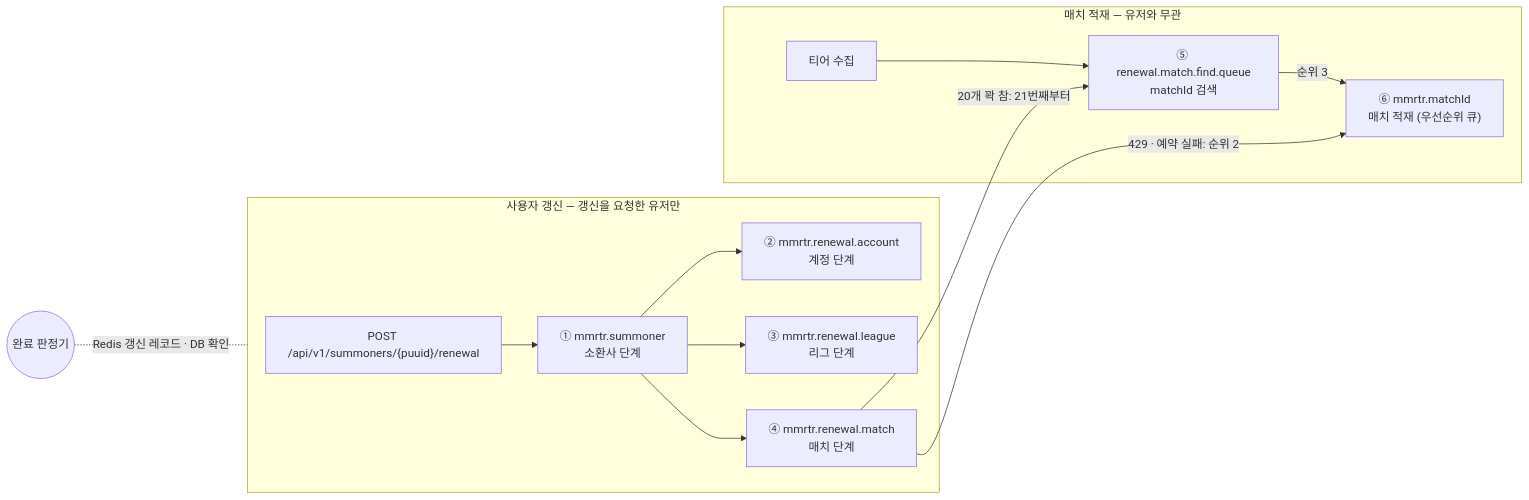
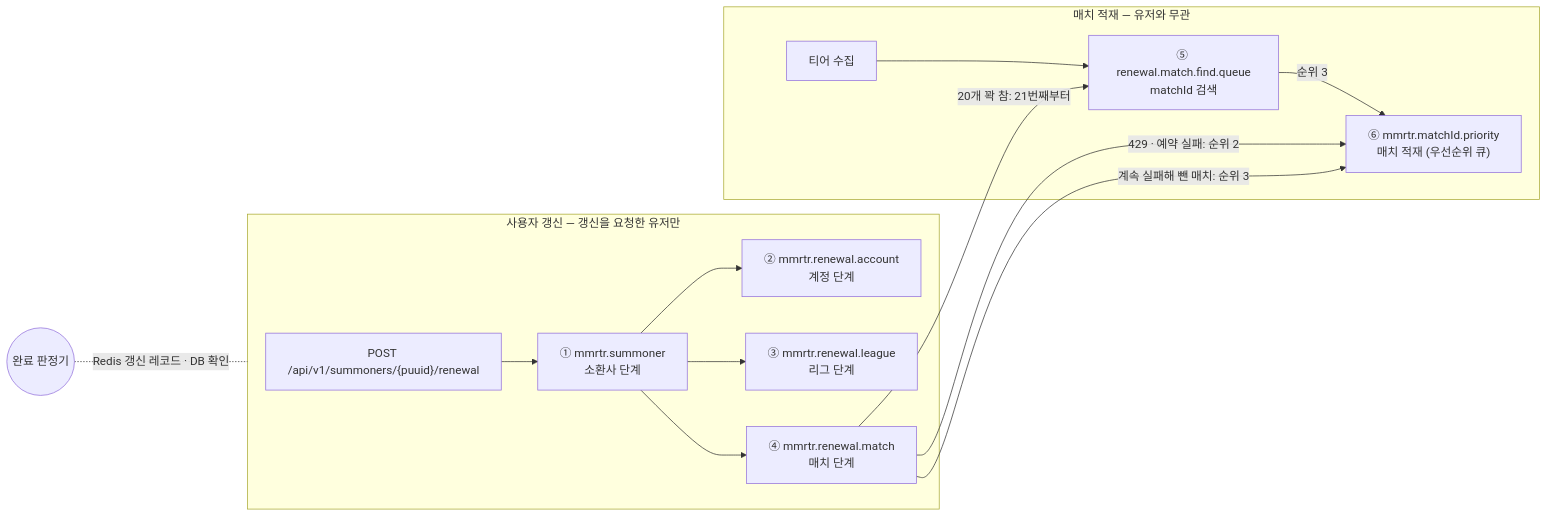
The diagram in docs/superpowers/specs/2026-11-03-renewal-completion-design.md (padosol/lol-repository), drawn with Mermaid before and after one commit. The commit also changed other lines of this file, not shown here.

Commit message:
docs: 스펙에 새 우선순위 큐 이름과 DLX 처리, 뺀 매치의 백필 넘기기를 반영한다

````diff
--- a/docs/superpowers/specs/2026-11-03-renewal-completion-design.md
+++ b/docs/superpowers/specs/2026-11-03-renewal-completion-design.md
@@ -93,16 +93,17 @@
 ```mermaid
 flowchart LR
     subgraph USER["사용자 갱신 — 갱신을 요청한 유저만"]
         P["POST /api/v1/summoners/{puuid}/renewal"] --> Q1["① mmrtr.summoner<br/>소환사 단계"]
         Q1 --> Q2["② mmrtr.renewal.account<br/>계정 단계"]
         Q1 --> Q3["③ mmrtr.renewal.league<br/>리그 단계"]
         Q1 --> Q4["④ mmrtr.renewal.match<br/>매치 단계"]
     end
     subgraph BG["매치 적재 — 유저와 무관"]
         T["티어 수집"] --> Q5["⑤ renewal.match.find.queue<br/>matchId 검색"]
-        Q5 -- "순위 3" --> Q6["⑥ mmrtr.matchId<br/>매치 적재 (우선순위 큐)"]
+        Q5 -- "순위 3" --> Q6["⑥ mmrtr.matchId.priority<br/>매치 적재 (우선순위 큐)"]
     end
     Q4 -- "20개 꽉 참: 21번째부터" --> Q5
     Q4 -- "429 · 예약 실패: 순위 2" --> Q6
+    Q4 -- "계속 실패해 뺀 매치: 순위 3" --> Q6
     J(("완료 판정기")) -. "Redis 갱신 레코드 · DB 확인" .- USER
 ```
````
